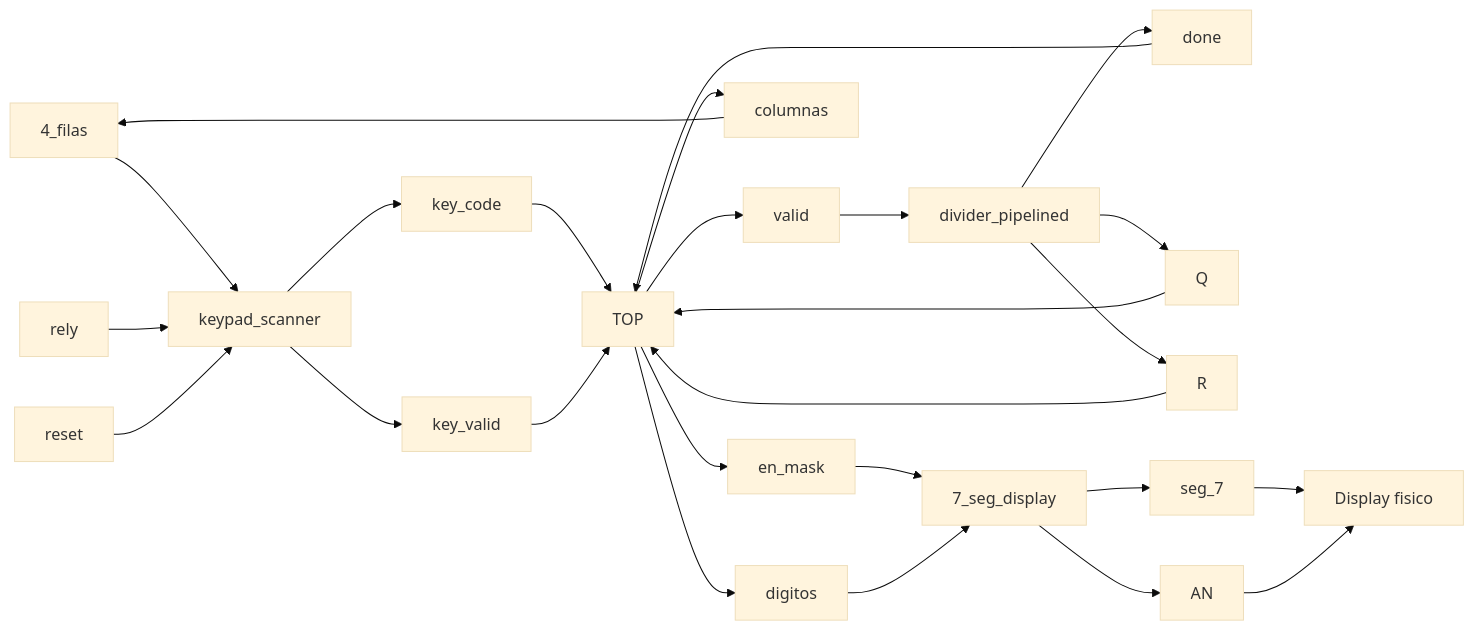
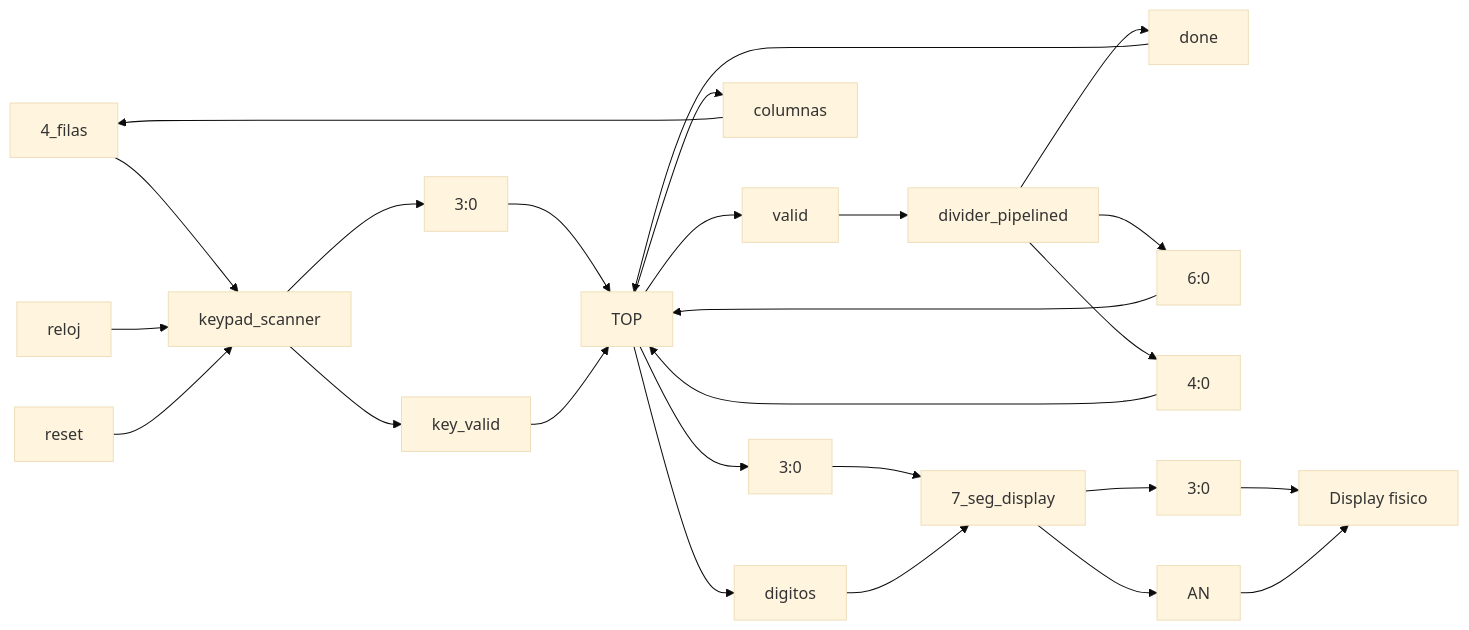
The first of 6 diagrams in Proyecto3/README.md (Jei-UP/Proyectos-de-Dise-o-L-gico), drawn with Mermaid (base theme) before and after one commit.

Commit message:
cambiar detalles

````diff
--- a/Proyecto3/README.md
+++ b/Proyecto3/README.md
@@ -138,29 +138,29 @@
 ```mermaid
 graph LR
     A[4_filas] --> KS[keypad_scanner]
-    rely --> KS
+    reloj --> KS
     reset --> KS
-    KS --> key_code
+    KS --> key_code[3:0]
     KS --> key_valid
-    key_code --> TOP
+    key_code[3:0] --> TOP
     key_valid --> TOP
     TOP --> valid
     valid --> DP[divider_pipelined]
     DP --> done
-    DP --> Q
-    DP --> R
+    DP --> Q[6:0]
+    DP --> R[4:0]
     done --> TOP
-    Q --> TOP
-    R --> TOP
+    Q[6:0] --> TOP
+    R[4:0] --> TOP
     TOP --> columnas
     columnas --> A
-    TOP --> en_mask
+    TOP --> en_mask[3:0]
     TOP --> D[digitos]
-    en_mask --> SD[7_seg_display]
+    en_mask[3:0] --> SD[7_seg_display]
     D --> SD
-    SD --> seg7[seg_7]
+    SD --> seg7[3:0]
     SD --> AN
-    seg7 --> DISP[Display fisico]
+    seg7[3:0] --> DISP[Display fisico]
     AN --> DISP
 
 ```
````
